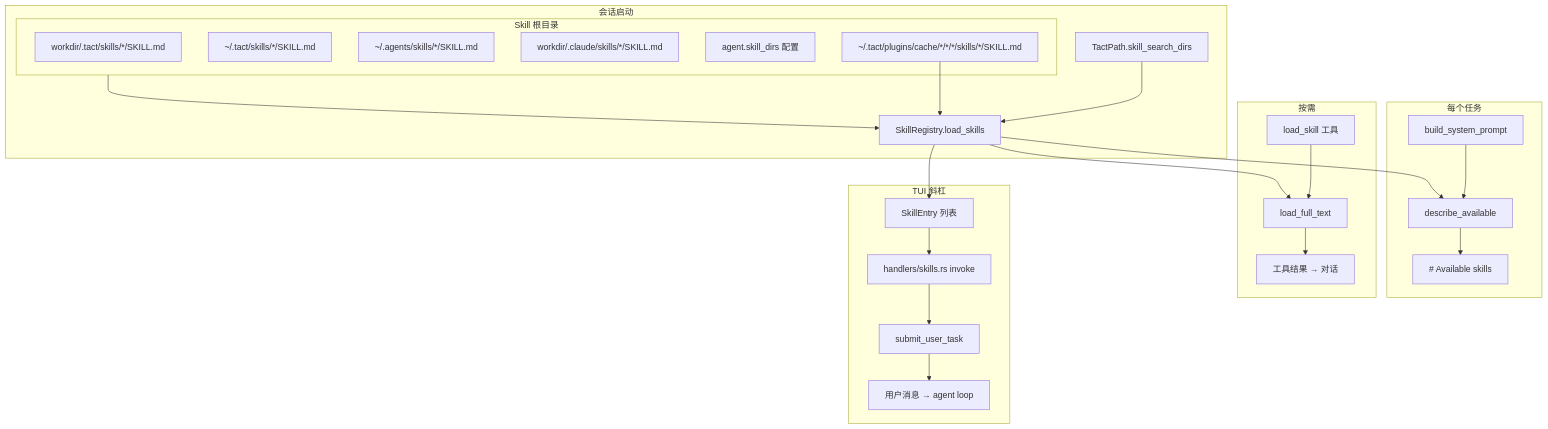
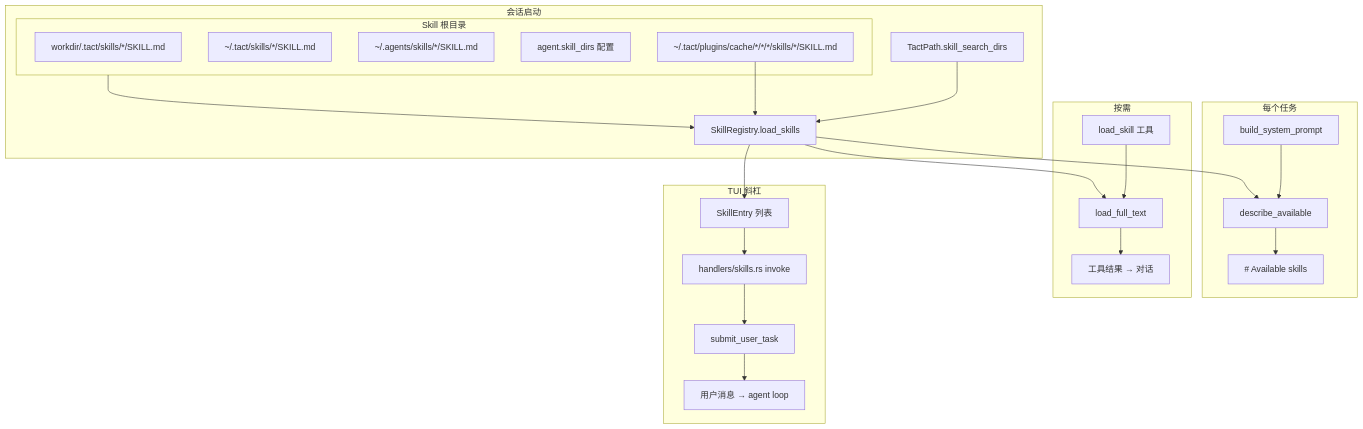
One commit to rust-infra/tact changed the diagram in book/02_chapter_skill_zh.md. Above: the diagram before and after it, drawn with Mermaid. The commit also changed other lines of this file and 40 other files, not shown here.

````diff
--- a/book/02_chapter_skill_zh.md
+++ b/book/02_chapter_skill_zh.md
@@ -27,46 +27,45 @@
 ```mermaid
 graph TB
     subgraph Disk["Skill 根目录"]
         T["workdir/.tact/skills/*/SKILL.md"]
         U["~/.tact/skills/*/SKILL.md"]
         A["~/.agents/skills/*/SKILL.md"]
-        P["workdir/.claude/skills/*/SKILL.md"]
         C["agent.skill_dirs 配置"]
         I["~/.tact/plugins/cache/*/*/*/skills/*/SKILL.md"]
     end
 
     subgraph Startup["会话启动"]
         TP[TactPath.skill_search_dirs]
         SR[SkillRegistry.load_skills]
         TP --> SR
         Disk --> SR
         I --> SR
     end
 
     subgraph Prompt["每个任务"]
         BSP[build_system_prompt]
         DA[describe_available]
         BSP --> DA
         DA --> SP["# Available skills"]
     end
 
     subgraph Tool["按需"]
         LS[load_skill 工具]
         LFT[load_full_text]
         LS --> LFT
         LFT --> Ctx["工具结果 → 对话"]
     end
 
     subgraph Tui["TUI 斜杠"]
         SE[SkillEntry 列表]
         INV[handlers/skills.rs invoke]
         SUB[submit_user_task]
         SE --> INV
         INV --> SUB
         SUB --> UserMsg["用户消息 → agent loop"]
     end
 
     SR --> DA
     SR --> LFT
     SR --> SE
 ```
````
